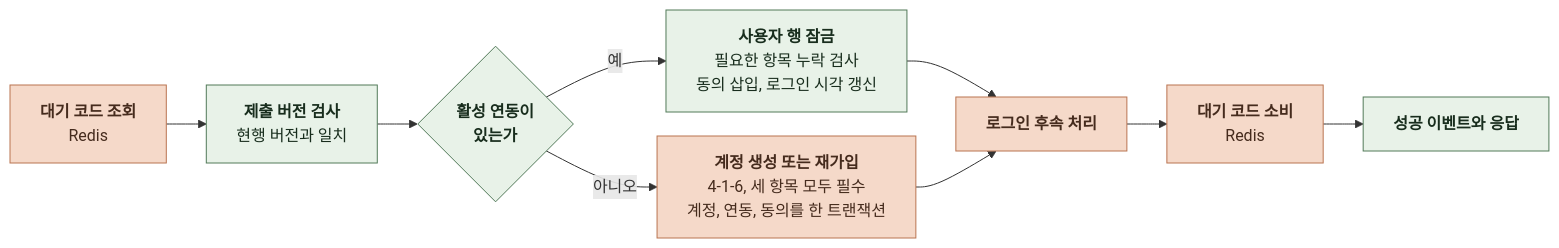
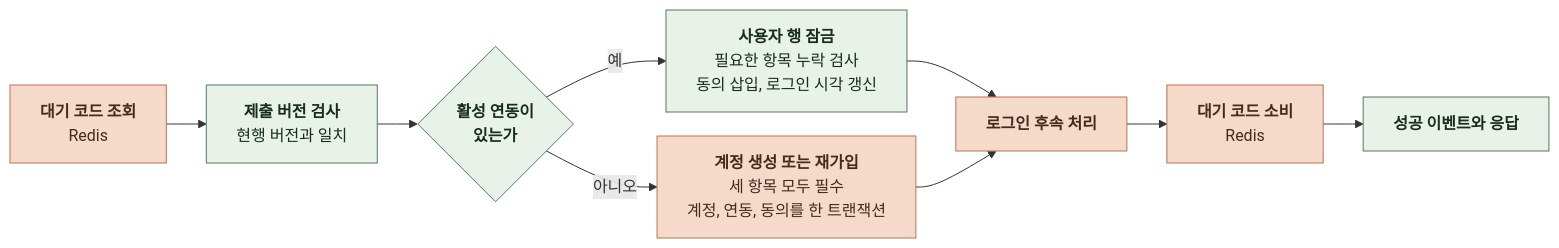
One commit to KIM-N-KANG/knk-harness changed the second of 16 diagrams in docs/domain/ACCOUNT/BACKEND/4-1-PIPELINES.md. Above: the diagram before and after it, drawn with Mermaid. The commit also changed other lines of this file, not shown here.

````diff
--- a/docs/domain/ACCOUNT/BACKEND/4-1-PIPELINES.md
+++ b/docs/domain/ACCOUNT/BACKEND/4-1-PIPELINES.md
@@ -73,24 +72,24 @@
 ```mermaid
 %%{init: {"flowchart": {"curve": "basis", "nodeSpacing": 24, "rankSpacing": 40}}}%%
 flowchart LR
     A["`**대기 코드 조회**
 Redis`"] --> B["`**제출 버전 검사**
 현행 버전과 일치`"]
     B --> C{"`**활성 연동이
 있는가**`"}
     C -->|예| D["`**사용자 행 잠금**
 필요한 항목 누락 검사
 동의 삽입, 로그인 시각 갱신`"]
     C -->|아니오| E["`**계정 생성 또는 재가입**
-4-1-6, 세 항목 모두 필수
+세 항목 모두 필수
 계정, 연동, 동의를 한 트랜잭션`"]
     D --> F["`**로그인 후속 처리**`"]
     E --> F
     F --> G["`**대기 코드 소비**
 Redis`"]
     G --> H["`**성공 이벤트와 응답**`"]
     classDef comp fill:#E8F2E8,stroke:#527A59,color:#182D1D
     classDef task fill:#F5D9C9,stroke:#B97450,color:#452B1D
     class B,C,D,H comp
     class A,E,F,G task
 ```
````
